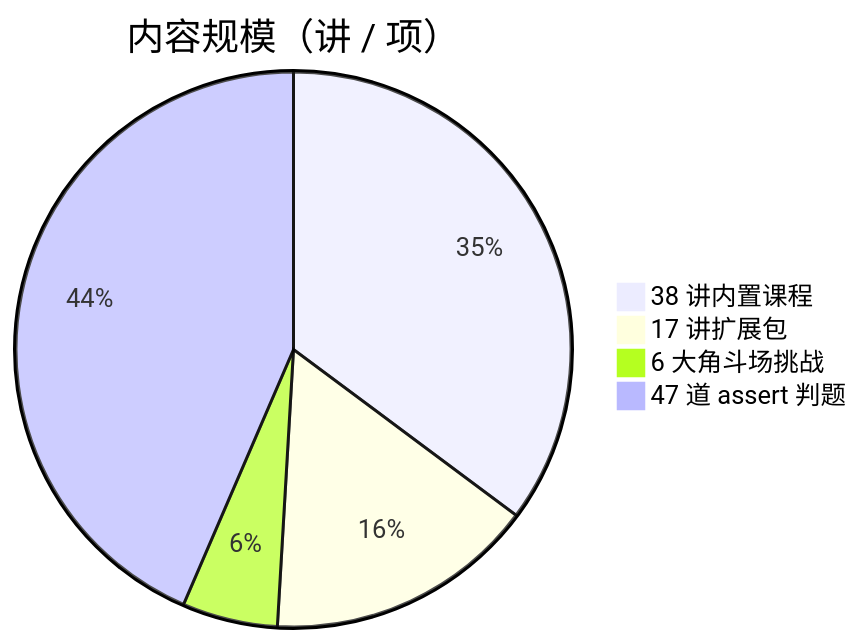
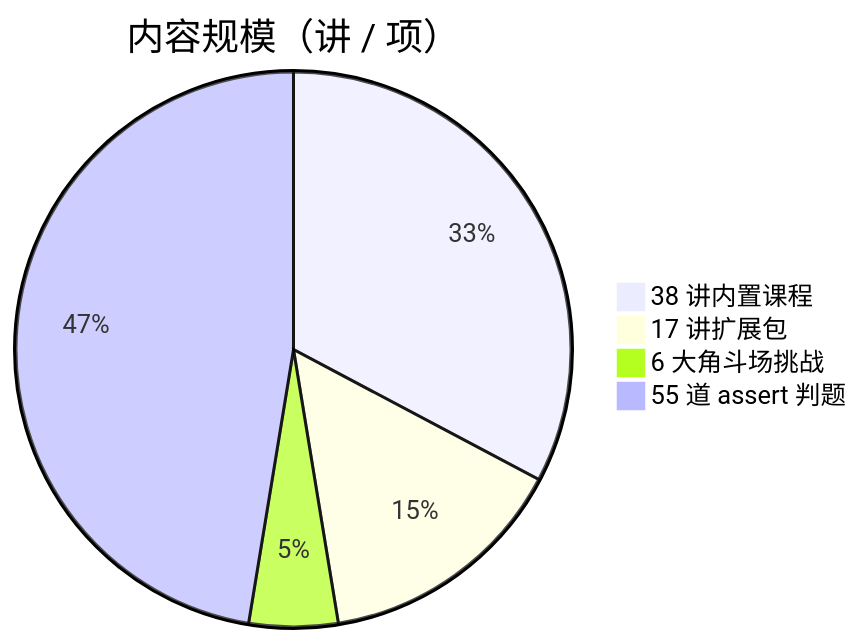
The third of 4 diagrams in README.zh-CN.md (Morningstar202604/mashang), drawn with Mermaid before and after one commit. The commit also changed other lines of this file and 9 other files, not shown here.

````diff
--- a/README.zh-CN.md
+++ b/README.zh-CN.md
@@ -91,7 +91,7 @@
 ```mermaid
 pie title 内容规模（讲 / 项）
     "38 讲内置课程" : 38
     "17 讲扩展包" : 17
     "6 大角斗场挑战" : 6
-    "47 道 assert 判题" : 47
+    "55 道 assert 判题" : 55
 ```
````
